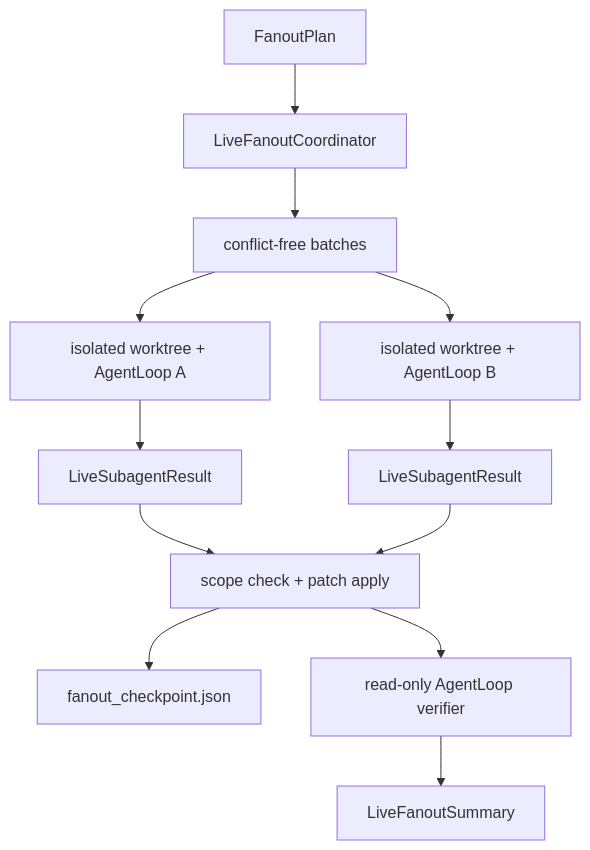
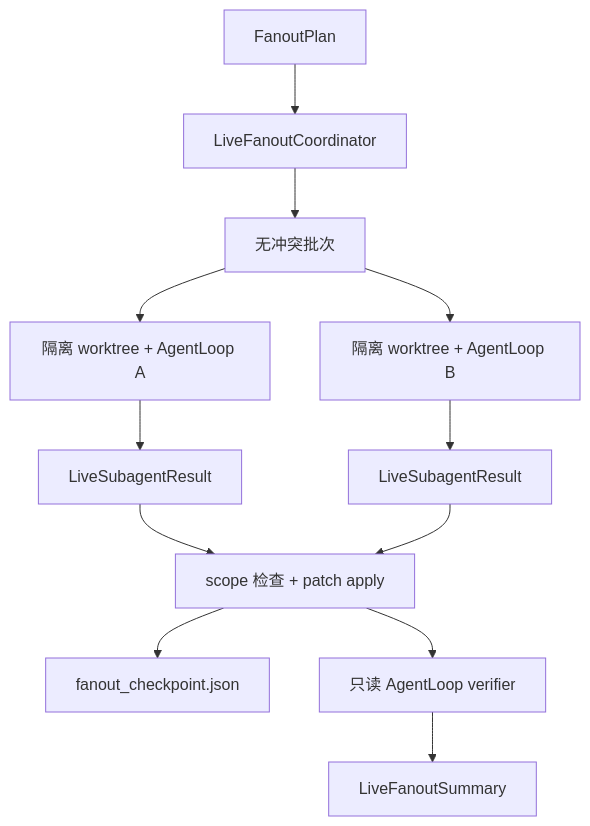
One commit to semi-hollow/NanoHarness changed the fourth of 5 diagrams in docs/guides/code-reading-map.md. Above: the diagram before and after it, drawn with Mermaid. The commit also changed other lines of this file and 24 other files, not shown here.

````diff
--- a/docs/guides/code-reading-map.md
+++ b/docs/guides/code-reading-map.md
@@ -220,14 +214,14 @@
 ```mermaid
 flowchart TD
     Plan["FanoutPlan"] --> Coordinator["LiveFanoutCoordinator"]
-    Coordinator --> Batches["conflict-free batches"]
-    Batches --> WorkerA["isolated worktree + AgentLoop A"]
-    Batches --> WorkerB["isolated worktree + AgentLoop B"]
+    Coordinator --> Batches["无冲突批次"]
+    Batches --> WorkerA["隔离 worktree + AgentLoop A"]
+    Batches --> WorkerB["隔离 worktree + AgentLoop B"]
     WorkerA --> ResultA["LiveSubagentResult"]
     WorkerB --> ResultB["LiveSubagentResult"]
-    ResultA --> Merge["scope check + patch apply"]
+    ResultA --> Merge["scope 检查 + patch apply"]
     ResultB --> Merge
     Merge --> Checkpoint["fanout_checkpoint.json"]
-    Merge --> Finalizer["read-only AgentLoop verifier"]
+    Merge --> Finalizer["只读 AgentLoop verifier"]
     Finalizer --> Summary["LiveFanoutSummary"]
 ```
````
